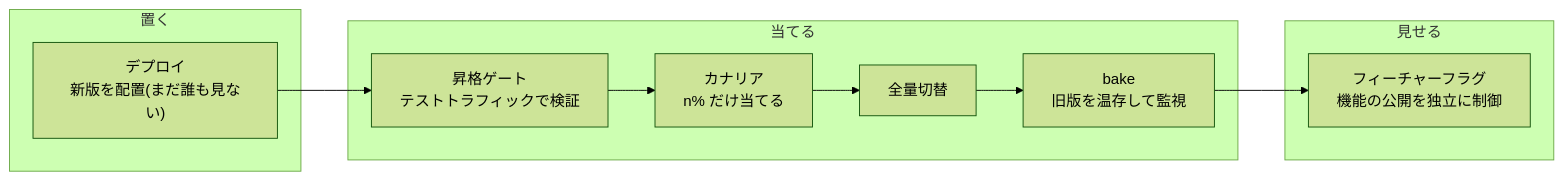
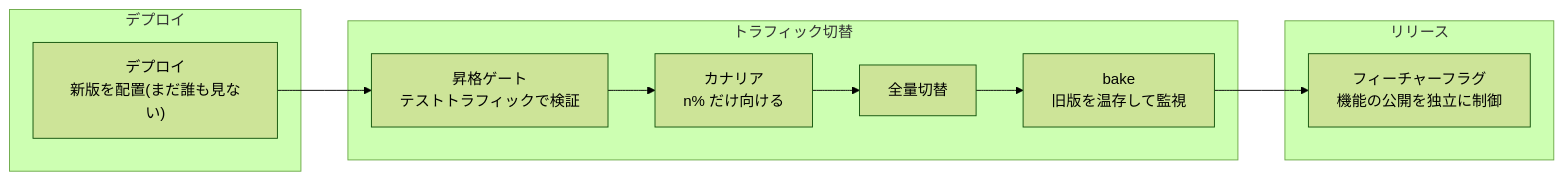
Before and after one commit to rikukaInoue/rikukadev: the diagram in src/content/blog/progressive-delivery-intro.mdx, drawn with Mermaid (forest theme). The commit also changed other lines of this file and 1 other file, not shown here.

First line of the commit message:
用語を定着した語に戻す: 置く・当てる・見せる → デプロイ・トラフィック切替・リリース

````diff
--- a/src/content/blog/progressive-delivery-intro.mdx
+++ b/src/content/blog/progressive-delivery-intro.mdx
@@ -20,14 +20,14 @@
 ```mermaid
 graph LR
-    subgraph 置く
+    subgraph デプロイ
         D["デプロイ<br/>新版を配置(まだ誰も見ない)"]
     end
-    subgraph 当てる
-        G["昇格ゲート<br/>テストトラフィックで検証"] --> C["カナリア<br/>n% だけ当てる"] --> F2["全量切替"] --> BK["bake<br/>旧版を温存して監視"]
+    subgraph トラフィック切替
+        G["昇格ゲート<br/>テストトラフィックで検証"] --> C["カナリア<br/>n% だけ向ける"] --> F2["全量切替"] --> BK["bake<br/>旧版を温存して監視"]
     end
-    subgraph 見せる
+    subgraph リリース
         FL["フィーチャーフラグ<br/>機能の公開を独立に制御"]
     end
     D --> G
     BK --> FL
 ```
````
